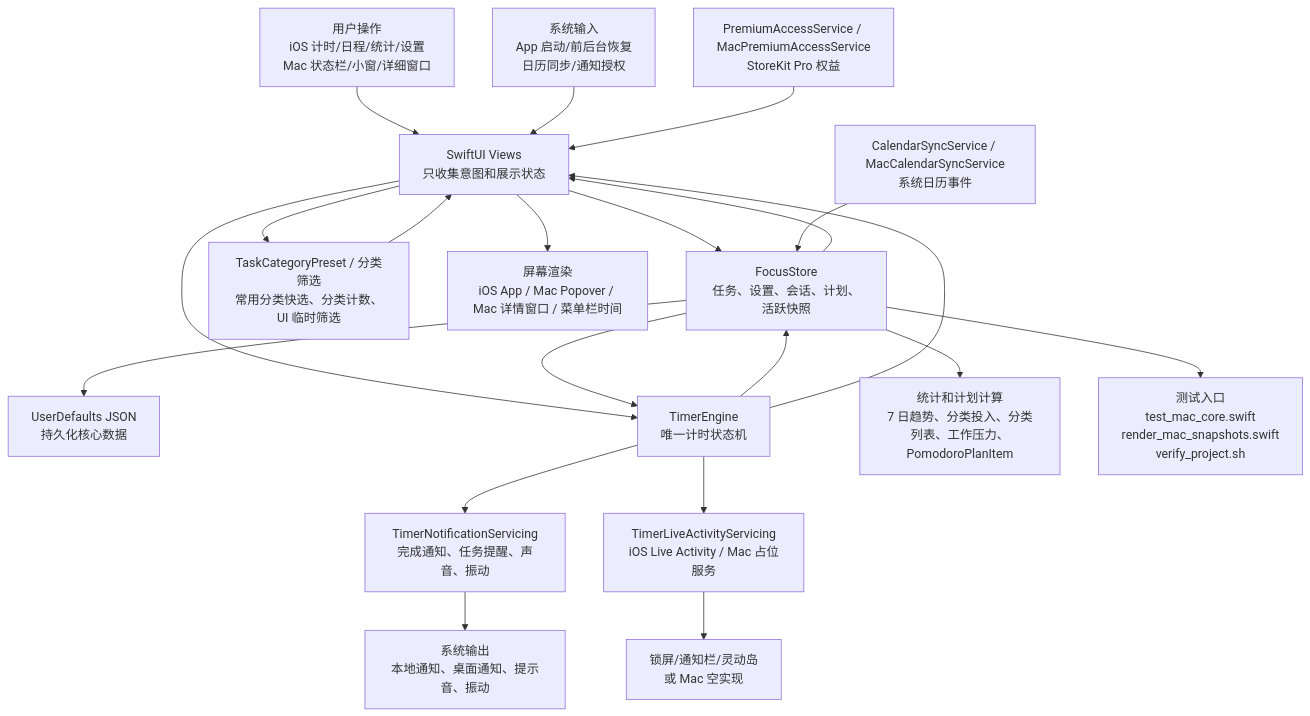
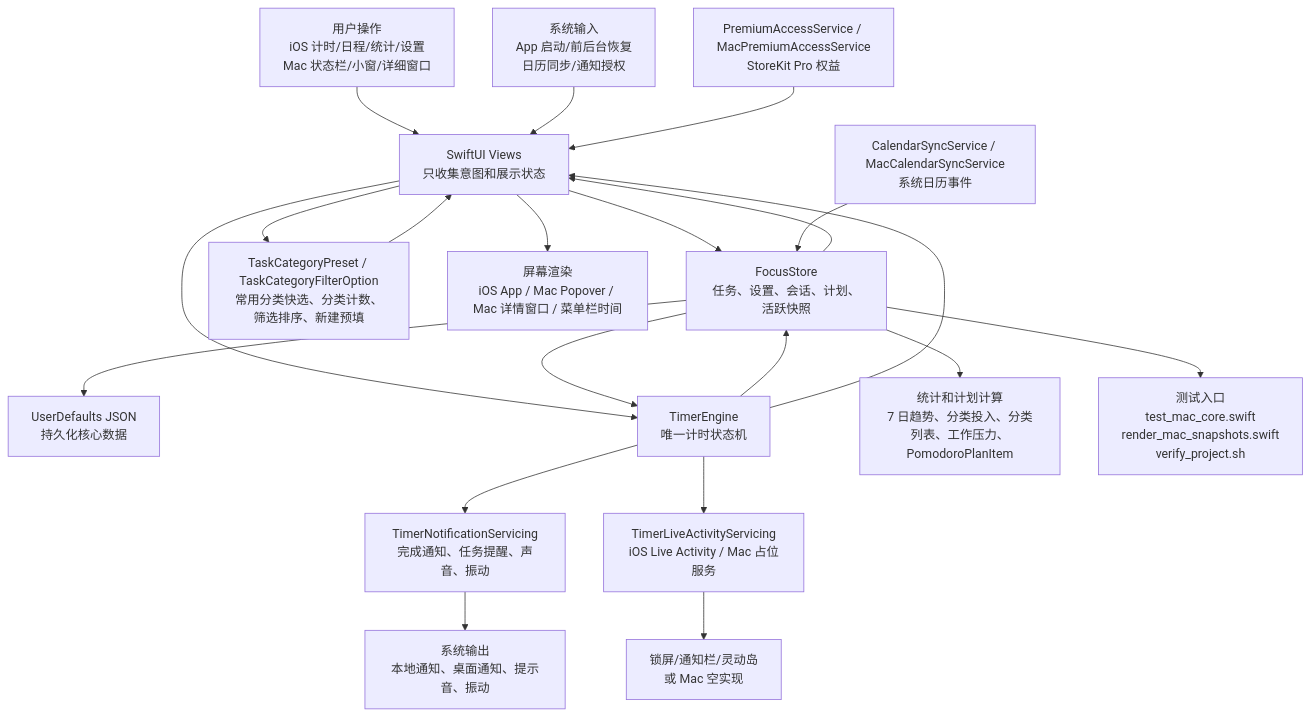
The first of 6 diagrams in md/flow/flowchart.md (Altman-sam114/114), drawn with Mermaid before and after one commit. The commit also changed other lines of this file and 11 other files, not shown here.

````diff
--- a/md/flow/flowchart.md
+++ b/md/flow/flowchart.md
@@ -9,23 +9,23 @@
 ```mermaid
 flowchart TD
   U["用户操作<br/>iOS 计时/日程/统计/设置<br/>Mac 状态栏/小窗/详细窗口"] --> V["SwiftUI Views<br/>只收集意图和展示状态"]
   SYS["系统输入<br/>App 启动/前后台恢复<br/>日历同步/通知授权"] --> V
   V --> S["FocusStore<br/>任务、设置、会话、计划、活跃快照"]
-  V --> CAT["TaskCategoryPreset / 分类筛选<br/>常用分类快选、分类计数、UI 临时筛选"]
+  V --> CAT["TaskCategoryPreset / TaskCategoryFilterOption<br/>常用分类快选、分类计数、筛选排序、新建预填"]
   CAT --> V
   S --> P["UserDefaults JSON<br/>持久化核心数据"]
   V --> E["TimerEngine<br/>唯一计时状态机"]
   S --> E
   E --> S
   E --> N["TimerNotificationServicing<br/>完成通知、任务提醒、声音、振动"]
   E --> L["TimerLiveActivityServicing<br/>iOS Live Activity / Mac 占位服务"]
   S --> C["统计和计划计算<br/>7 日趋势、分类投入、分类列表、工作压力、PomodoroPlanItem"]
   CAL["CalendarSyncService / MacCalendarSyncService<br/>系统日历事件"] --> S
   PRO["PremiumAccessService / MacPremiumAccessService<br/>StoreKit Pro 权益"] --> V
   S --> V
   E --> V
   V --> OUT["屏幕渲染<br/>iOS App / Mac Popover / Mac 详情窗口 / 菜单栏时间"]
   N --> OUT2["系统输出<br/>本地通知、桌面通知、提示音、振动"]
   L --> OUT3["锁屏/通知栏/灵动岛<br/>或 Mac 空实现"]
   S --> T["测试入口<br/>test_mac_core.swift<br/>render_mac_snapshots.swift<br/>verify_project.sh"]
 ```
````
